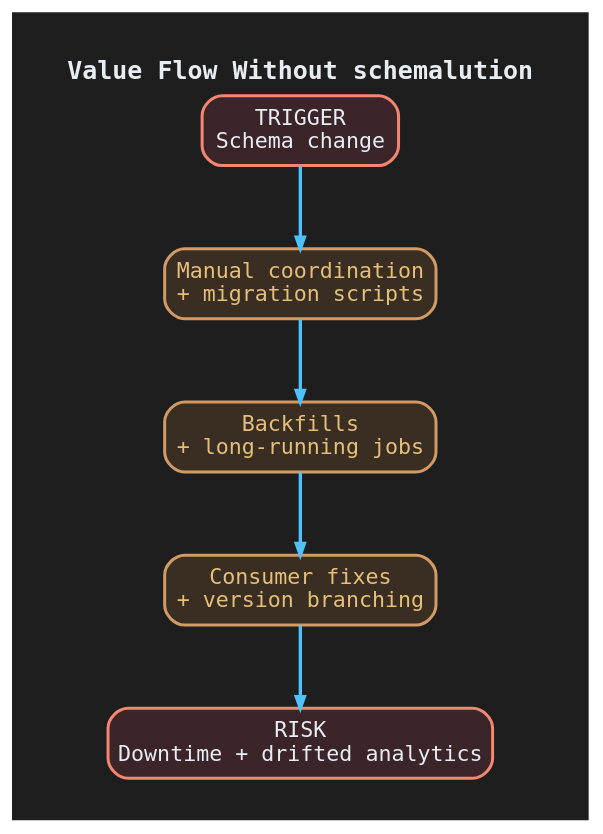
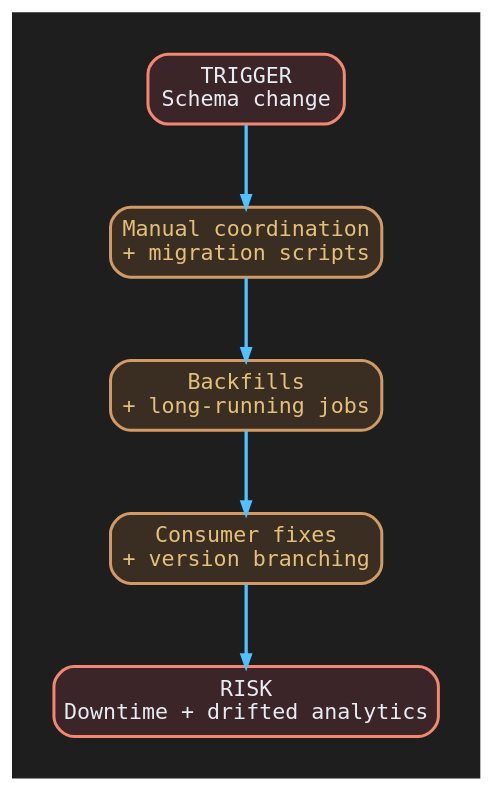
One commit to cronologi/schemalution changed the diagram in assets/diagrams/value-flow-without-mobile.dot. Above: the diagram before and after it, drawn with Graphviz. The commit also changed 16 other files, not shown here.

```diff
--- a/assets/diagrams/value-flow-without-mobile.dot
+++ b/assets/diagrams/value-flow-without-mobile.dot
@@ -1,37 +1,35 @@
 digraph value_flow_without_mobile {
   graph [
     rankdir=TB,
     bgcolor="#1E1E1E",
     pad="0.35",
     nodesep="0.5",
     ranksep="0.7",
     fontname="Cascadia Code, DejaVu Sans Mono, Noto Mono",
     fontsize=15,
-    fontcolor="#E6EDF3",
-    labelloc="t",
-    label=<<B>Value Flow Without schemalution</B>>
+    fontcolor="#E6EDF3"
   ];
 
   node [
     shape=box,
     style="rounded,filled",
     penwidth=1.8,
     fontname="Cascadia Code, DejaVu Sans Mono, Noto Mono",
     fontsize=13,
     fontcolor="#E6EDF3",
     margin="0.14,0.10"
   ];
 
   edge [color="#4FC1FF", penwidth=2, arrowsize=0.7];
 
   W1 [label="TRIGGER\nSchema change", fillcolor="#3B2529", color="#F48771"];
   W2 [label="Manual coordination\n+ migration scripts", fillcolor="#3A2D21", color="#D19A66", fontcolor="#E5C07B"];
   W3 [label="Backfills\n+ long-running jobs", fillcolor="#3A2D21", color="#D19A66", fontcolor="#E5C07B"];
   W4 [label="Consumer fixes\n+ version branching", fillcolor="#3A2D21", color="#D19A66", fontcolor="#E5C07B"];
   W5 [label="RISK\nDowntime + drifted analytics", fillcolor="#3B2529", color="#F48771"];
 
   W1 -> W2;
   W2 -> W3;
   W3 -> W4;
   W4 -> W5;
 }
```
